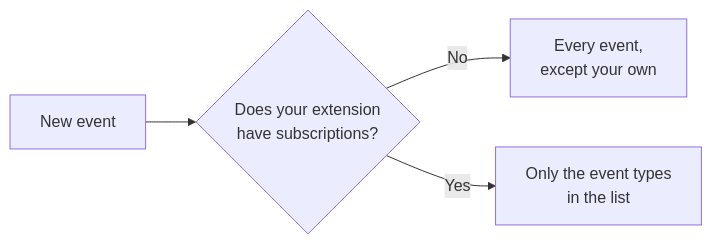
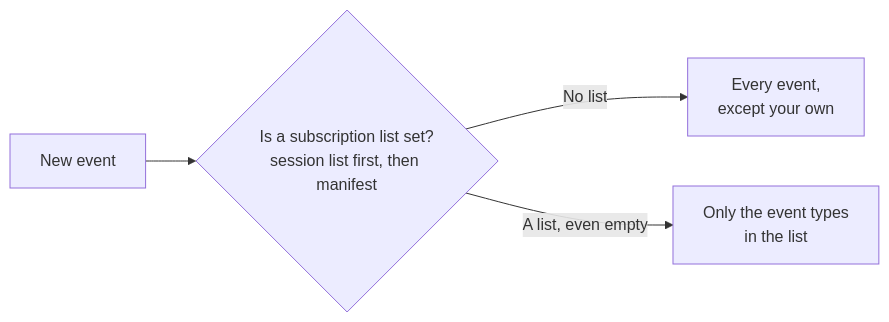
One commit to chasterapp/docs changed the diagram in docs/api/extensions-api/extension-communication/lock-events.mdx. Above: the diagram before and after it, drawn with Mermaid. The commit also changed other lines of this file and 3 other files, not shown here.

````diff
--- a/docs/api/extensions-api/extension-communication/lock-events.mdx
+++ b/docs/api/extensions-api/extension-communication/lock-events.mdx
@@ -61,6 +61,6 @@
 ```mermaid
 flowchart LR
-    E[New event] --> Q{Does your extension<br/>have subscriptions?}
-    Q -- No --> A["Every event,<br/>except your own"]
-    Q -- Yes --> B["Only the event types<br/>in the list"]
+    E[New event] --> Q{Is a subscription list set?<br/>session list first, then manifest}
+    Q -- "No list" --> A["Every event,<br/>except your own"]
+    Q -- "A list, even empty" --> B["Only the event types<br/>in the list"]
 ```
````
